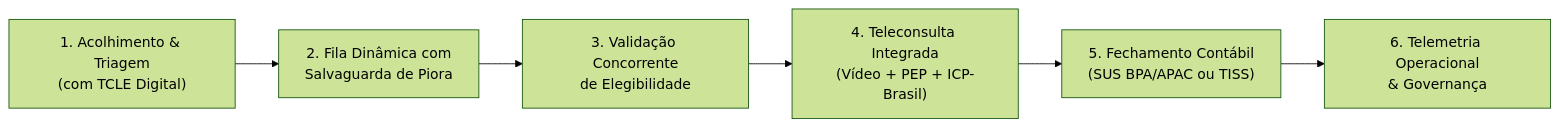
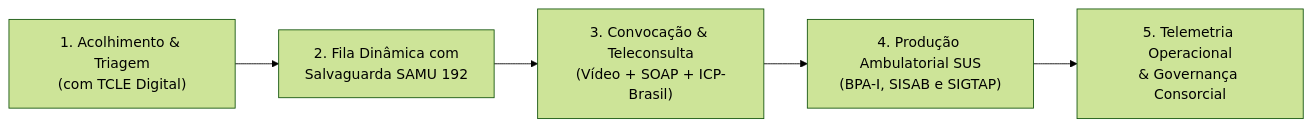
Before and after one commit to Rafaelp122/medisync: the first of 2 diagrams in docs/explanation/business-vision.md, drawn with Mermaid (forest theme). The commit also changed other lines of this file and 30 other files, not shown here.

````diff
--- a/docs/explanation/business-vision.md
+++ b/docs/explanation/business-vision.md
@@ -24,8 +24,7 @@
 ```mermaid
 flowchart LR
-    A["1. Acolhimento & Triagem<br/>(com TCLE Digital)"] --> B["2. Fila Dinâmica com<br/>Salvaguarda de Piora"]
-    B --> C["3. Validação Concorrente<br/>de Elegibilidade"]
-    C --> D["4. Teleconsulta Integrada<br/>(Vídeo + PEP + ICP-Brasil)"]
-    D --> E["5. Fechamento Contábil<br/>(SUS BPA/APAC ou TISS)"]
-    E --> F["6. Telemetria Operacional<br/>& Governança"]
+    A["1. Acolhimento & Triagem<br/>(com TCLE Digital)"] --> B["2. Fila Dinâmica com<br/>Salvaguarda SAMU 192"]
+    B --> C["3. Convocação & Teleconsulta<br/>(Vídeo + SOAP + ICP-Brasil)"]
+    C --> D["4. Produção Ambulatorial SUS<br/>(BPA-I, SISAB e SIGTAP)"]
+    D --> E["5. Telemetria Operacional<br/>& Governança Consorcial"]
 ```
````
